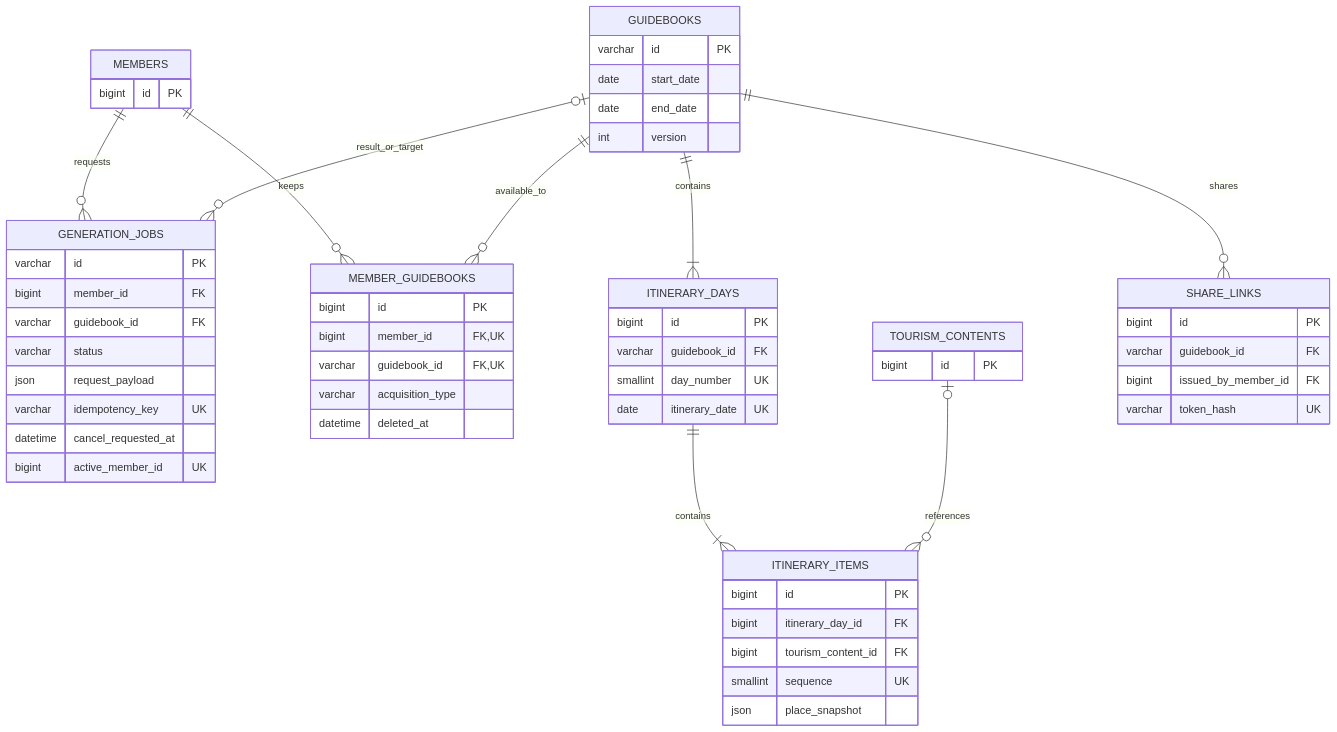
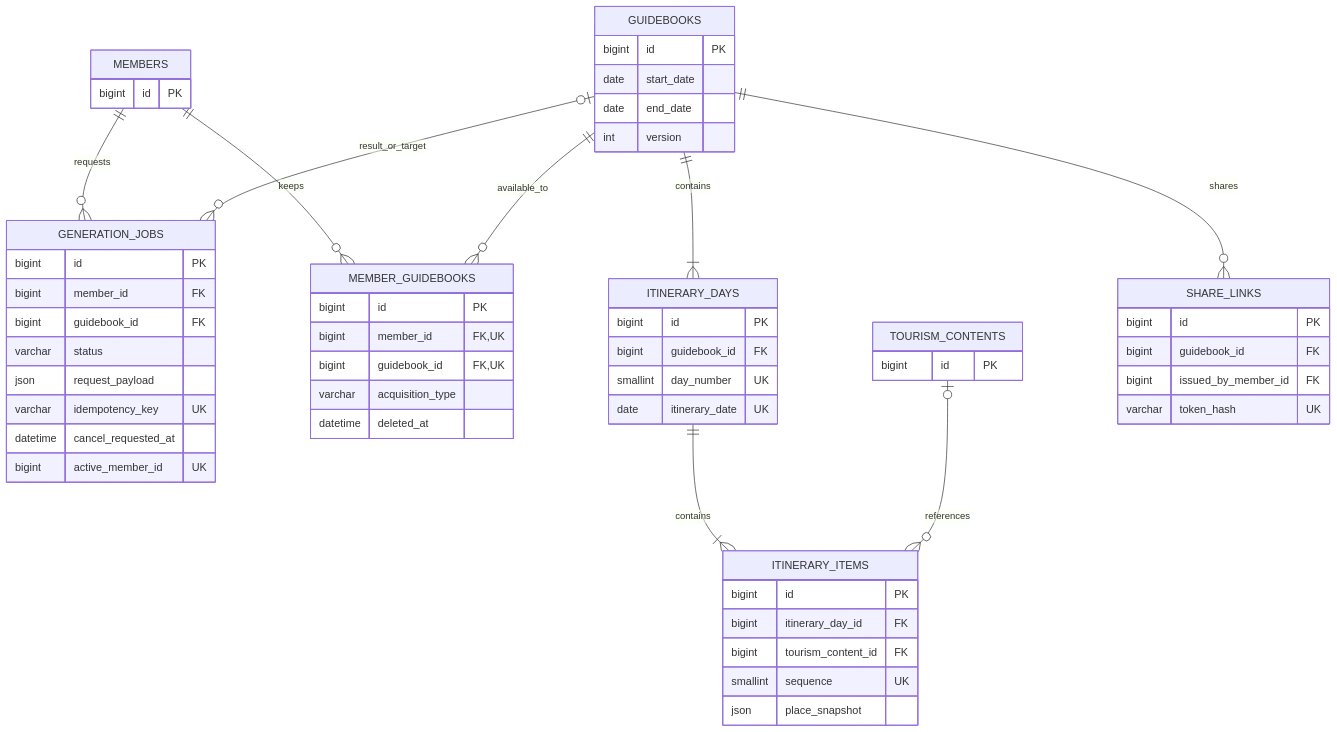
One commit to 100-hours-a-week/KTB4-10th-BE changed the third of 5 diagrams in docs/ERD_테이블_설계_근거_검토본.md. Above: the diagram before and after it, drawn with Mermaid. The commit also changed other lines of this file and 29 other files, not shown here.

```diff
--- a/docs/ERD_테이블_설계_근거_검토본.md
+++ b/docs/ERD_테이블_설계_근거_검토본.md
@@ -185,59 +184,59 @@
 ~~~mermaid
 erDiagram
     MEMBERS ||--o{ GENERATION_JOBS : requests
     MEMBERS ||--o{ MEMBER_GUIDEBOOKS : keeps
     GUIDEBOOKS ||--o{ MEMBER_GUIDEBOOKS : available_to
     GUIDEBOOKS o|--o{ GENERATION_JOBS : result_or_target
     GUIDEBOOKS ||--|{ ITINERARY_DAYS : contains
     ITINERARY_DAYS ||--|{ ITINERARY_ITEMS : contains
     TOURISM_CONTENTS o|--o{ ITINERARY_ITEMS : references
     GUIDEBOOKS ||--o{ SHARE_LINKS : shares
     GENERATION_JOBS {
-        varchar id PK
+        bigint id PK
         bigint member_id FK
-        varchar guidebook_id FK
+        bigint guidebook_id FK
         varchar status
         json request_payload
         varchar idempotency_key UK
         datetime cancel_requested_at
         bigint active_member_id UK
     }
     GUIDEBOOKS {
-        varchar id PK
+        bigint id PK
         date start_date
         date end_date
         int version
     }
     MEMBER_GUIDEBOOKS {
         bigint id PK
         bigint member_id FK,UK
-        varchar guidebook_id FK,UK
+        bigint guidebook_id FK,UK
         varchar acquisition_type
         datetime deleted_at
     }
     ITINERARY_DAYS {
         bigint id PK
-        varchar guidebook_id FK
+        bigint guidebook_id FK
         smallint day_number UK
         date itinerary_date UK
     }
     ITINERARY_ITEMS {
         bigint id PK
         bigint itinerary_day_id FK
         bigint tourism_content_id FK
         smallint sequence UK
         json place_snapshot
     }
     SHARE_LINKS {
         bigint id PK
-        varchar guidebook_id FK
+        bigint guidebook_id FK
         bigint issued_by_member_id FK
         varchar token_hash UK
     }
     MEMBERS {
         bigint id PK
     }
     TOURISM_CONTENTS {
         bigint id PK
     }
 ~~~
```
